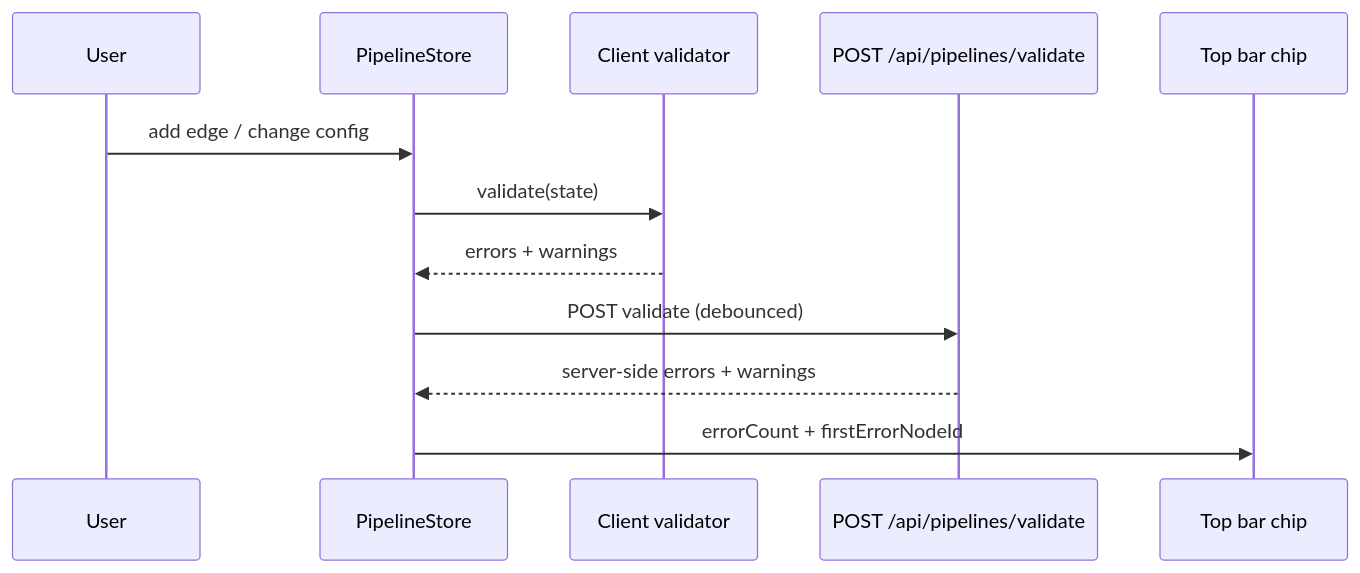
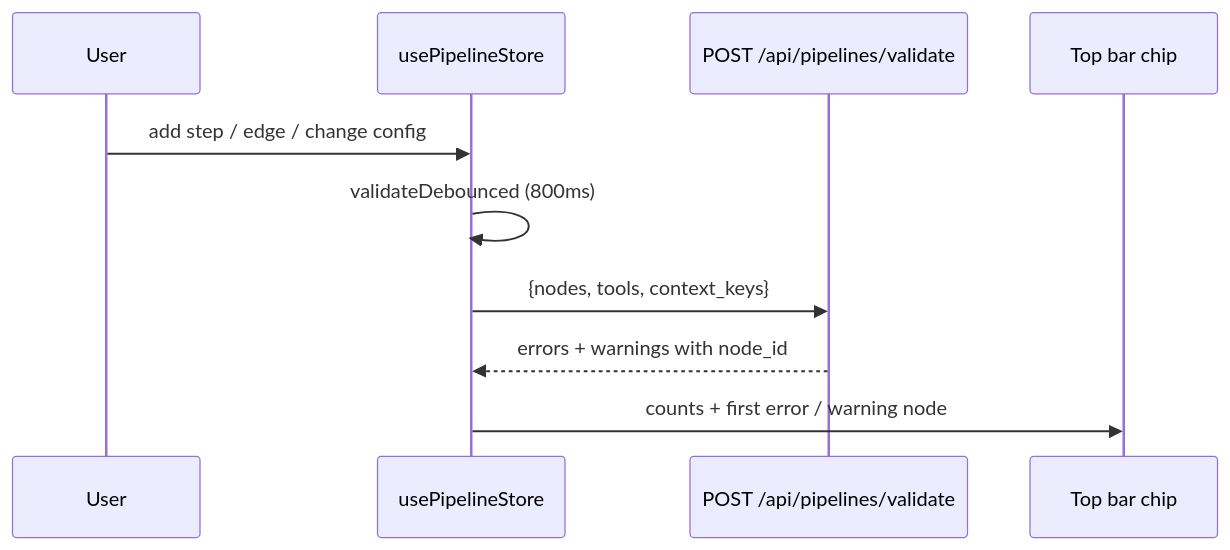
The third of 3 diagrams in docs/05-ui/01-builder-canvas.md (sarkar4777/abenix), drawn with Mermaid before and after one commit. The commit also changed other lines of this file and 288 other files, not shown here.

````diff
--- a/docs/05-ui/01-builder-canvas.md
+++ b/docs/05-ui/01-builder-canvas.md
@@ -70,15 +102,13 @@
 ```mermaid
 sequenceDiagram
   participant User
-  participant Store as PipelineStore
-  participant V as Client validator
+  participant Store as usePipelineStore
   participant API as POST /api/pipelines/validate
   participant T as Top bar chip
 
-  User->>Store: add edge / change config
-  Store->>V: validate(state)
-  V-->>Store: errors + warnings
-  Store->>API: POST validate (debounced)
-  API-->>Store: server-side errors + warnings
-  Store->>T: errorCount + firstErrorNodeId
+  User->>Store: add step / edge / change config
+  Store->>Store: validateDebounced (800ms)
+  Store->>API: {nodes, tools, context_keys}
+  API-->>Store: errors + warnings with node_id
+  Store->>T: counts + first error / warning node
 ```
````
